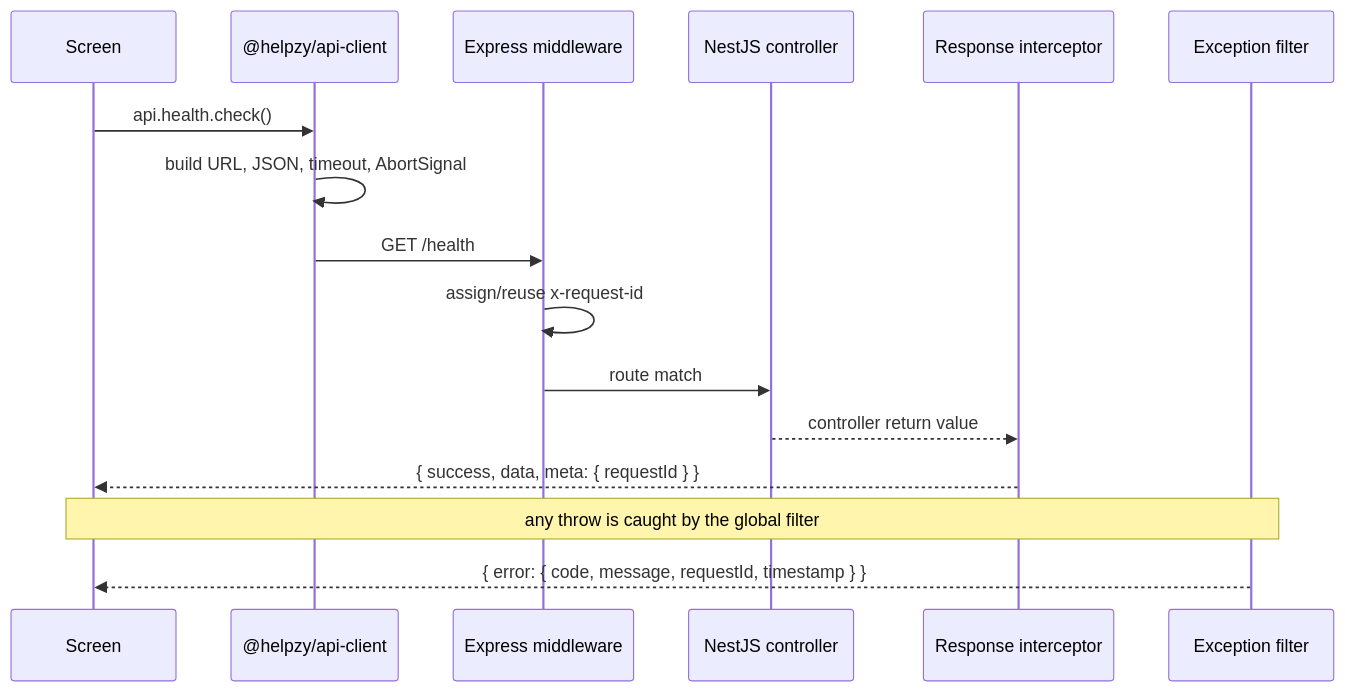
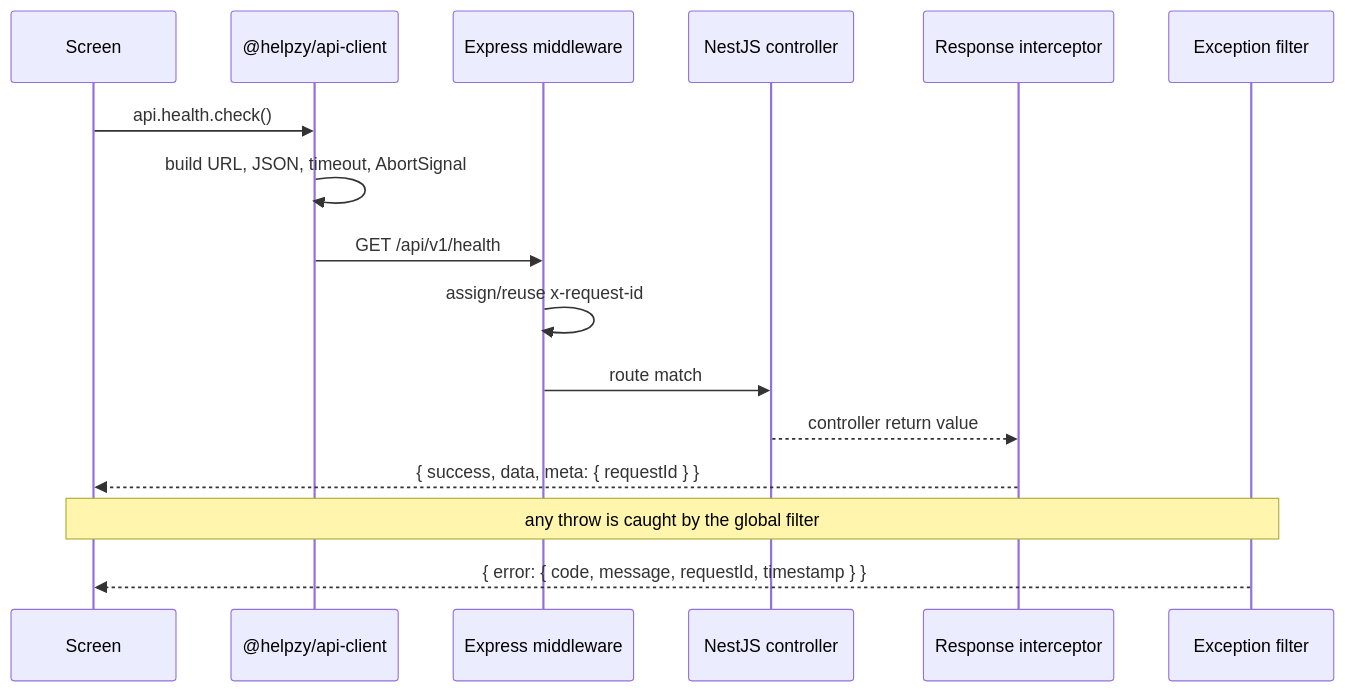
Before and after one commit to karun-16/Helpzy: the first of 3 diagrams in docs/architecture.md, drawn with Mermaid. The commit also changed other lines of this file and 19 other files, not shown here.

````diff
--- a/docs/architecture.md
+++ b/docs/architecture.md
@@ -73,19 +73,19 @@
 ```mermaid
 sequenceDiagram
   participant S as Screen
   participant C as @helpzy/api-client
   participant E as Express middleware
   participant N as NestJS controller
   participant I as Response interceptor
   participant F as Exception filter
 
   S->>C: api.health.check()
   C->>C: build URL, JSON, timeout, AbortSignal
-  C->>E: GET /health
+  C->>E: GET /api/v1/health
   E->>E: assign/reuse x-request-id
   E->>N: route match
   N-->>I: controller return value
   I-->>S: { success, data, meta: { requestId } }
   Note over S,F: any throw is caught by the global filter
   F-->>S: { error: { code, message, requestId, timestamp } }
 ```
````
